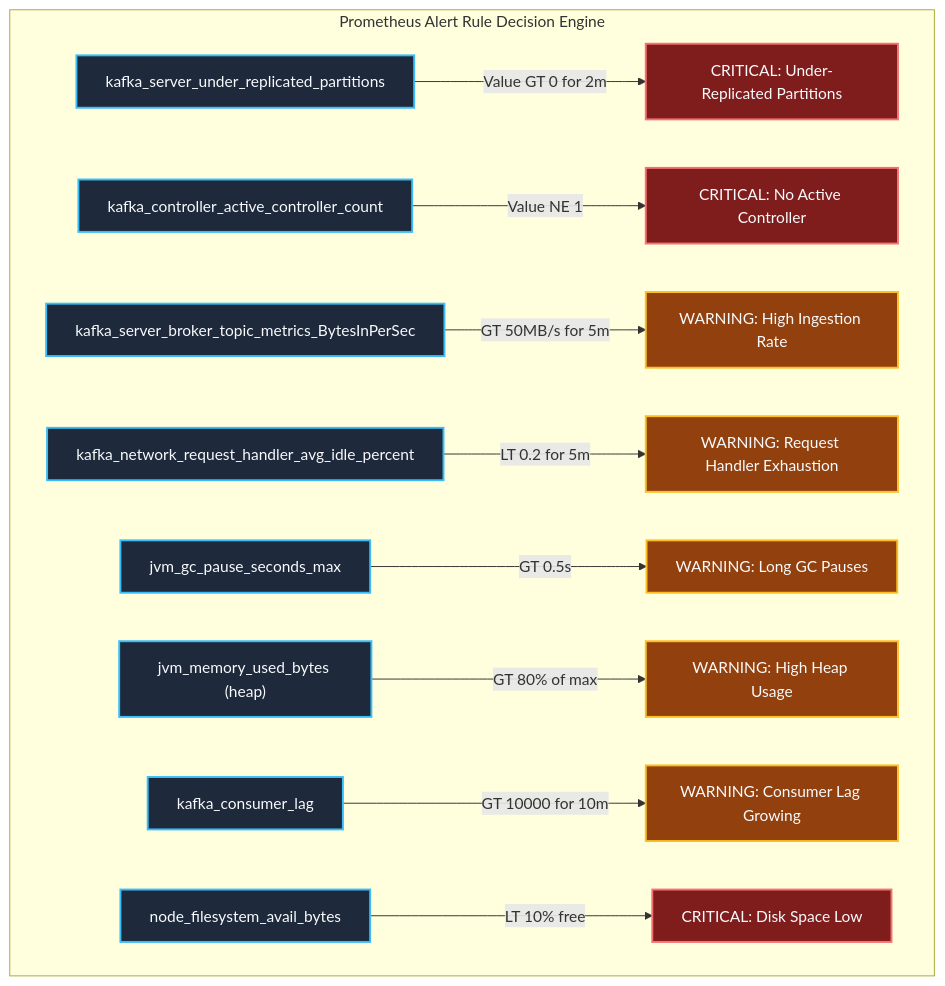
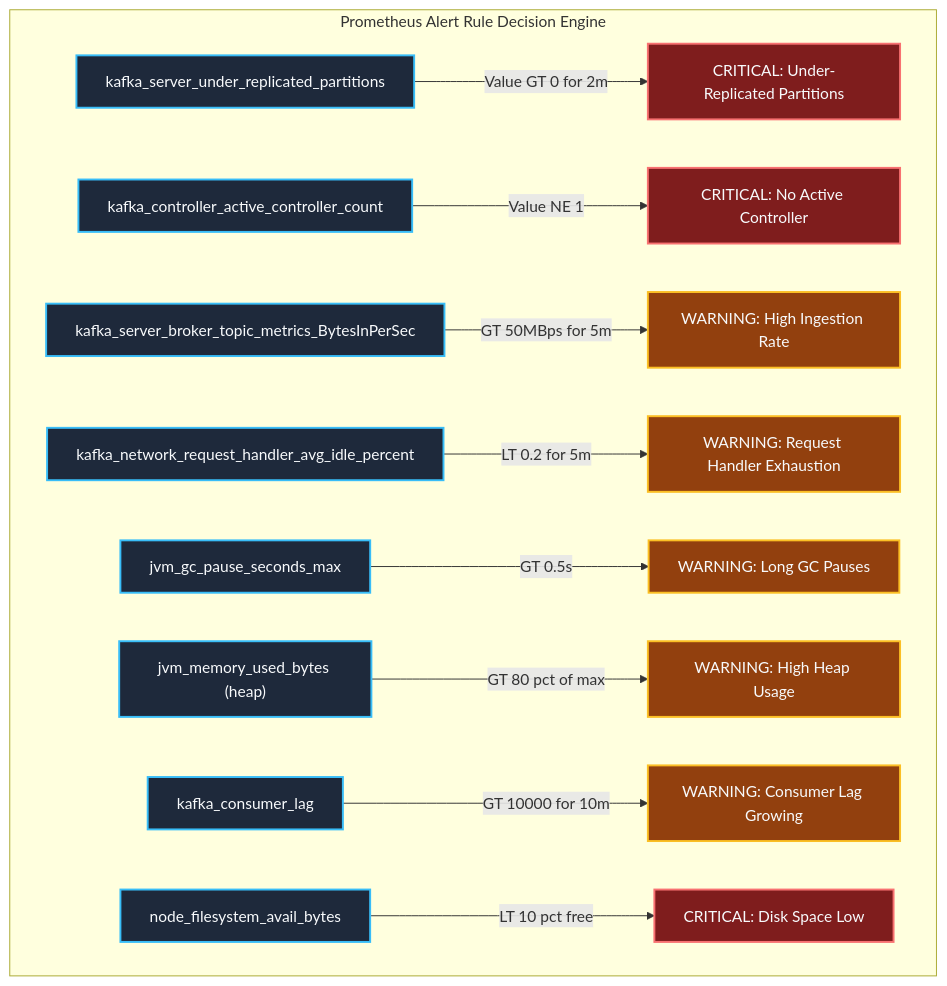
Diagram 28 of 48 in docs/configDoc/kafka-configuration-guide.md (Chief-Strategist-J/llm-obs-infra), drawn with Mermaid before and after one commit. The commit also changed other lines of this file, not shown here.

Commit message:
fix(docs): resolve all Mermaid diagram syntax and layout rendering issues in kafka configuration guide

````diff
--- a/docs/configDoc/kafka-configuration-guide.md
+++ b/docs/configDoc/kafka-configuration-guide.md
@@ -2150,30 +2166,30 @@
 ```mermaid
 graph TB
     subgraph AlertDecisionEngine ["Prometheus Alert Rule Decision Engine"]
         URP["kafka_server_under_replicated_partitions"] -->|Value GT 0 for 2m| URPAlert["CRITICAL: Under-Replicated Partitions"]
         ActiveCtrl["kafka_controller_active_controller_count"] -->|Value NE 1| CtrlAlert["CRITICAL: No Active Controller"]
-        BytesIn["kafka_server_broker_topic_metrics_BytesInPerSec"] -->|GT 50MB/s for 5m| ThroughputAlert["WARNING: High Ingestion Rate"]
+        BytesIn["kafka_server_broker_topic_metrics_BytesInPerSec"] -->|GT 50MBps for 5m| ThroughputAlert["WARNING: High Ingestion Rate"]
         ReqIdle["kafka_network_request_handler_avg_idle_percent"] -->|LT 0.2 for 5m| ThreadAlert["WARNING: Request Handler Exhaustion"]
         GCPause["jvm_gc_pause_seconds_max"] -->|GT 0.5s| GCAlert["WARNING: Long GC Pauses"]
-        HeapUsed["jvm_memory_used_bytes (heap)"] -->|GT 80% of max| HeapAlert["WARNING: High Heap Usage"]
+        HeapUsed["jvm_memory_used_bytes (heap)"] -->|GT 80 pct of max| HeapAlert["WARNING: High Heap Usage"]
         ConsumerLag["kafka_consumer_lag"] -->|GT 10000 for 10m| LagAlert["WARNING: Consumer Lag Growing"]
-        DiskUsage["node_filesystem_avail_bytes"] -->|LT 10% free| DiskAlert["CRITICAL: Disk Space Low"]
+        DiskUsage["node_filesystem_avail_bytes"] -->|LT 10 pct free| DiskAlert["CRITICAL: Disk Space Low"]
     end
 
     style URP fill:#1e293b,stroke:#38bdf8,stroke-width:2px,color:#f8fafc
     style URPAlert fill:#7f1d1d,stroke:#f87171,stroke-width:2px,color:#f8fafc
     style ActiveCtrl fill:#1e293b,stroke:#38bdf8,stroke-width:2px,color:#f8fafc
     style CtrlAlert fill:#7f1d1d,stroke:#f87171,stroke-width:2px,color:#f8fafc
     style BytesIn fill:#1e293b,stroke:#38bdf8,stroke-width:2px,color:#f8fafc
     style ThroughputAlert fill:#92400e,stroke:#fbbf24,stroke-width:2px,color:#f8fafc
     style ReqIdle fill:#1e293b,stroke:#38bdf8,stroke-width:2px,color:#f8fafc
     style ThreadAlert fill:#92400e,stroke:#fbbf24,stroke-width:2px,color:#f8fafc
     style GCPause fill:#1e293b,stroke:#38bdf8,stroke-width:2px,color:#f8fafc
     style GCAlert fill:#92400e,stroke:#fbbf24,stroke-width:2px,color:#f8fafc
     style HeapUsed fill:#1e293b,stroke:#38bdf8,stroke-width:2px,color:#f8fafc
     style HeapAlert fill:#92400e,stroke:#fbbf24,stroke-width:2px,color:#f8fafc
     style ConsumerLag fill:#1e293b,stroke:#38bdf8,stroke-width:2px,color:#f8fafc
     style LagAlert fill:#92400e,stroke:#fbbf24,stroke-width:2px,color:#f8fafc
     style DiskUsage fill:#1e293b,stroke:#38bdf8,stroke-width:2px,color:#f8fafc
     style DiskAlert fill:#7f1d1d,stroke:#f87171,stroke-width:2px,color:#f8fafc
 ```
````
